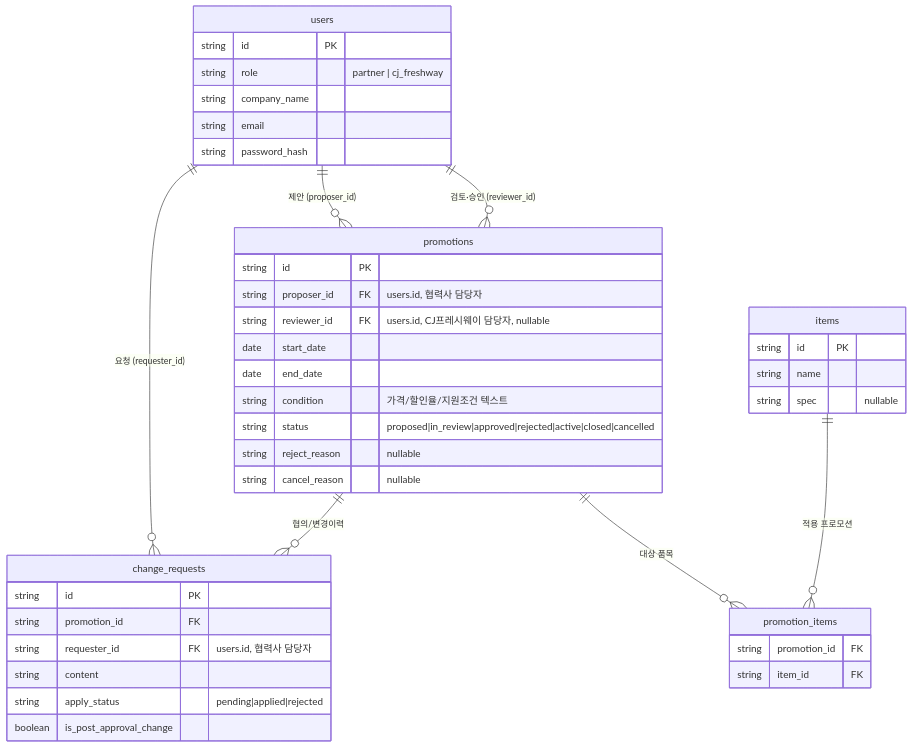
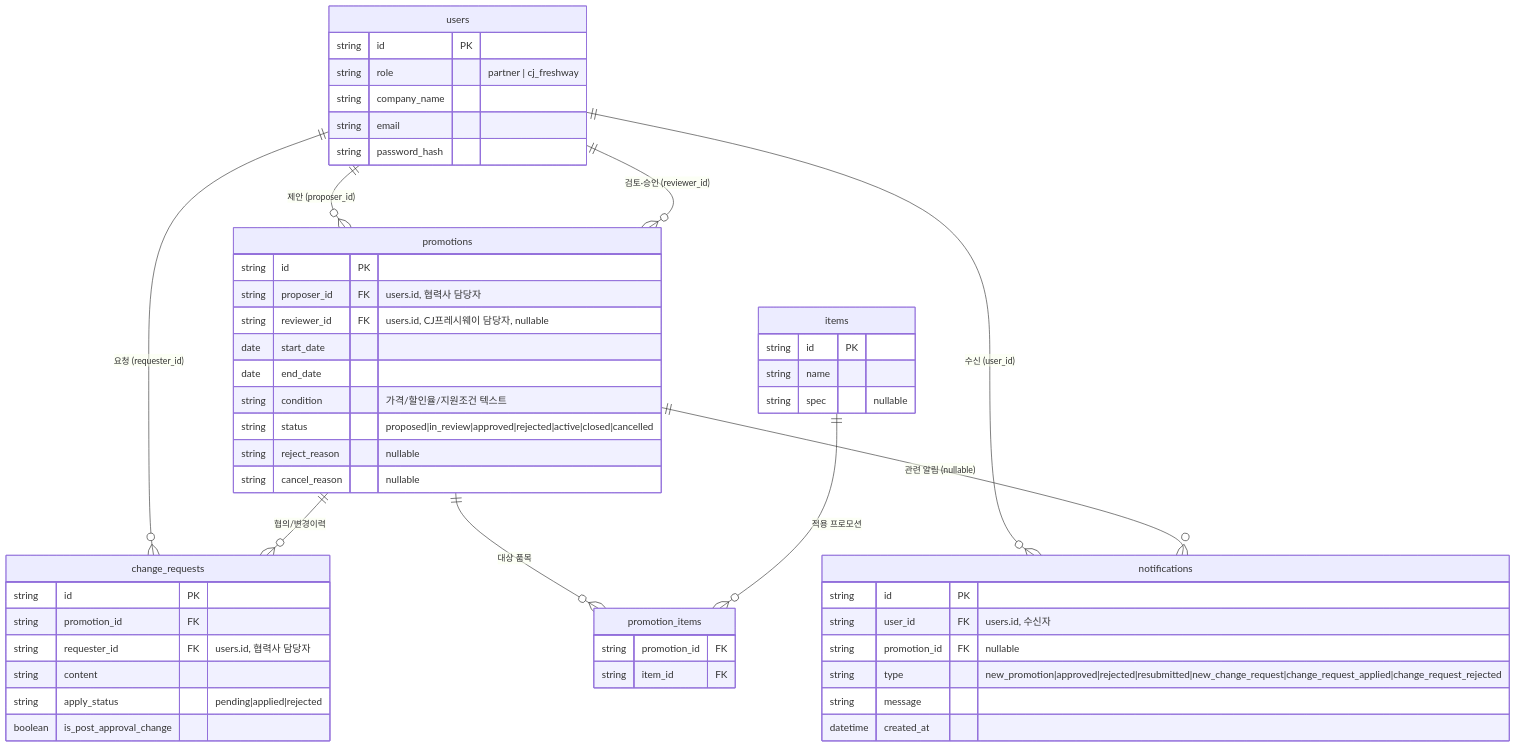
The diagram in docs/8-erd.md (spongood99-spec/b2b-promo), drawn with Mermaid before and after one commit. The commit also changed other lines of this file and 22 other files, not shown here.

````diff
--- a/docs/8-erd.md
+++ b/docs/8-erd.md
@@ -5,49 +5,60 @@
 ```mermaid
 erDiagram
     users ||--o{ promotions : "제안 (proposer_id)"
     users ||--o{ promotions : "검토·승인 (reviewer_id)"
     users ||--o{ change_requests : "요청 (requester_id)"
     promotions ||--o{ change_requests : "협의/변경이력"
     promotions ||--o{ promotion_items : "대상 품목"
     items ||--o{ promotion_items : "적용 프로모션"
+    users ||--o{ notifications : "수신 (user_id)"
+    promotions ||--o{ notifications : "관련 알림 (nullable)"
 
     users {
         string id PK
         string role "partner | cj_freshway"
         string company_name
         string email
         string password_hash
     }
 
     promotions {
         string id PK
         string proposer_id FK "users.id, 협력사 담당자"
         string reviewer_id FK "users.id, CJ프레시웨이 담당자, nullable"
         date start_date
         date end_date
         string condition "가격/할인율/지원조건 텍스트"
         string status "proposed|in_review|approved|rejected|active|closed|cancelled"
         string reject_reason "nullable"
         string cancel_reason "nullable"
     }
 
     items {
         string id PK
         string name
         string spec "nullable"
     }
 
     promotion_items {
         string promotion_id FK
         string item_id FK
     }
 
     change_requests {
         string id PK
         string promotion_id FK
         string requester_id FK "users.id, 협력사 담당자"
         string content
         string apply_status "pending|applied|rejected"
         boolean is_post_approval_change
     }
+
+    notifications {
+        string id PK
+        string user_id FK "users.id, 수신자"
+        string promotion_id FK "nullable"
+        string type "new_promotion|approved|rejected|resubmitted|new_change_request|change_request_applied|change_request_rejected"
+        string message
+        datetime created_at
+    }
 ```
````
